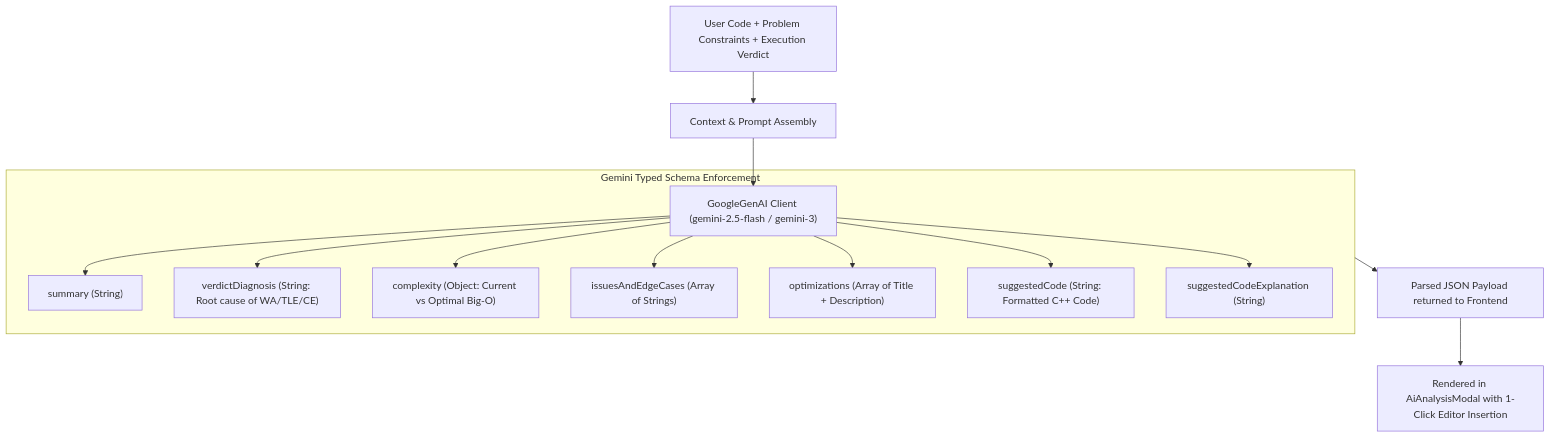
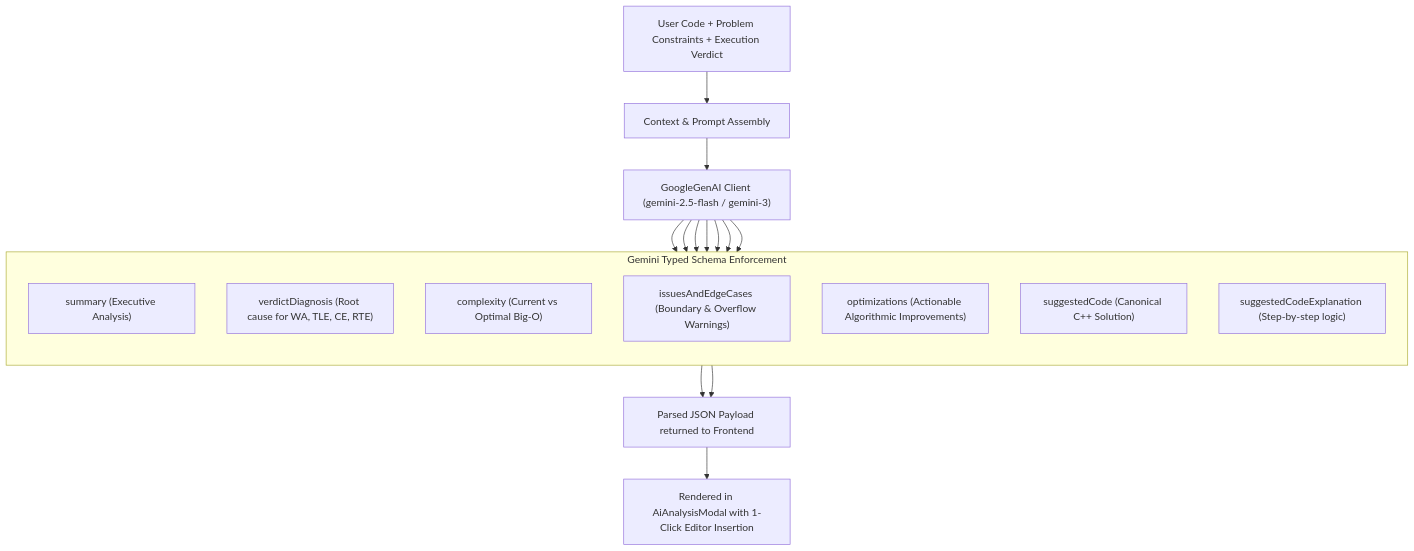
The fourth of 5 diagrams in docs/SYSTEM_ARCHITECTURE_DETAILED.md (Master-Bruce-Wayne/Code-It-Up), drawn with Mermaid before and after one commit. The commit also changed other lines of this file and 2 other files, not shown here.

Commit message:
fix(docs): resolve Mermaid diagram preview rendering errors across all documentation

````diff
--- a/docs/SYSTEM_ARCHITECTURE_DETAILED.md
+++ b/docs/SYSTEM_ARCHITECTURE_DETAILED.md
@@ -375,18 +378,28 @@
 ```mermaid
-graph TD
+flowchart TD
     InputPayload["User Code + Problem Constraints + Execution Verdict"] --> ContextBuilder["Context & Prompt Assembly"]
     ContextBuilder --> GenAIClient["GoogleGenAI Client (gemini-2.5-flash / gemini-3)"]
     
     subgraph SchemaEnforcement["Gemini Typed Schema Enforcement"]
-        GenAIClient --> Summary["summary (String)"]
-        GenAIClient --> VerdictDiag["verdictDiagnosis (String: Root cause of WA/TLE/CE)"]
-        GenAIClient --> Comp["complexity (Object: Current vs Optimal Big-O)"]
-        GenAIClient --> Pitfalls["issuesAndEdgeCases (Array of Strings)"]
-        GenAIClient --> Opts["optimizations (Array of Title + Description)"]
-        GenAIClient --> Code["suggestedCode (String: Formatted C++ Code)"]
-        GenAIClient --> CodeExpl["suggestedCodeExplanation (String)"]
+        direction TB
+        Summary["summary (Executive Analysis)"]
+        VerdictDiag["verdictDiagnosis (Root cause for WA, TLE, CE, RTE)"]
+        Comp["complexity (Current vs Optimal Big-O)"]
+        Pitfalls["issuesAndEdgeCases (Boundary & Overflow Warnings)"]
+        Opts["optimizations (Actionable Algorithmic Improvements)"]
+        Code["suggestedCode (Canonical C++ Solution)"]
+        CodeExpl["suggestedCodeExplanation (Step-by-step logic)"]
     end
 
-    SchemaEnforcement --> ResponsePayload["Parsed JSON Payload returned to Frontend"]
+    GenAIClient --> Summary
+    GenAIClient --> VerdictDiag
+    GenAIClient --> Comp
+    GenAIClient --> Pitfalls
+    GenAIClient --> Opts
+    GenAIClient --> Code
+    GenAIClient --> CodeExpl
+
+    Summary --> ResponsePayload["Parsed JSON Payload returned to Frontend"]
+    Code --> ResponsePayload
     ResponsePayload --> ModalUI["Rendered in AiAnalysisModal with 1-Click Editor Insertion"]
 ```
````
